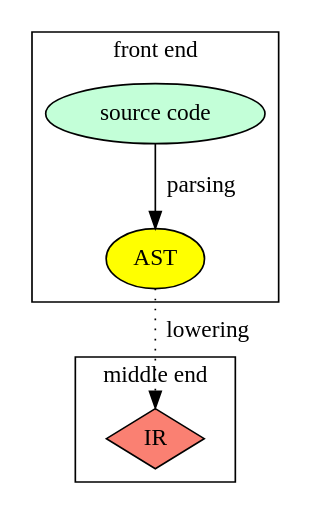
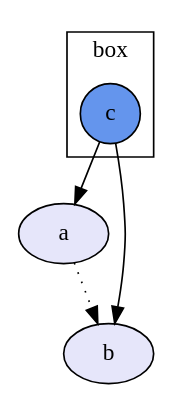
One commit to nicuveo/graphwiz-rs changed the diagram in README.md. Above: the diagram before and after it, drawn with Graphviz. The commit also changed other lines of this file and 9 other files, not shown here.

````diff
--- a/README.md
+++ b/README.md
@@ -126,15 +64,13 @@
 ```DOT
 digraph {
-    subgraph cluster_1 {
-        label="front end"
-        node_2 [fillcolor="#c3ffd8", label="source code", style="filled"]
-        node_3 [fillcolor="yellow", label="AST", style="filled"]
-        node_2 -> node_3 [label="parsing"]
-    }
-    subgraph cluster_5 {
-        label="middle end"
-        node_6 [fillcolor="salmon", label="IR", shape="diamond", style="filled"]
-        node_3 -> node_6 [label="lowering", style="dotted"]
+    node_1 [fillcolor="lavender", label="a", style="filled"]
+    node_2 [fillcolor="lavender", label="b", style="filled"]
+    node_1 -> node_2 [style="dotted"]
+    node_5 -> node_1
+    node_5 -> node_2
+    subgraph cluster_4 {
+        label="box"
+        node_5 [fillcolor="cornflowerblue", label="c", shape="circle", style="filled"]
     }
 }
 ```
````
